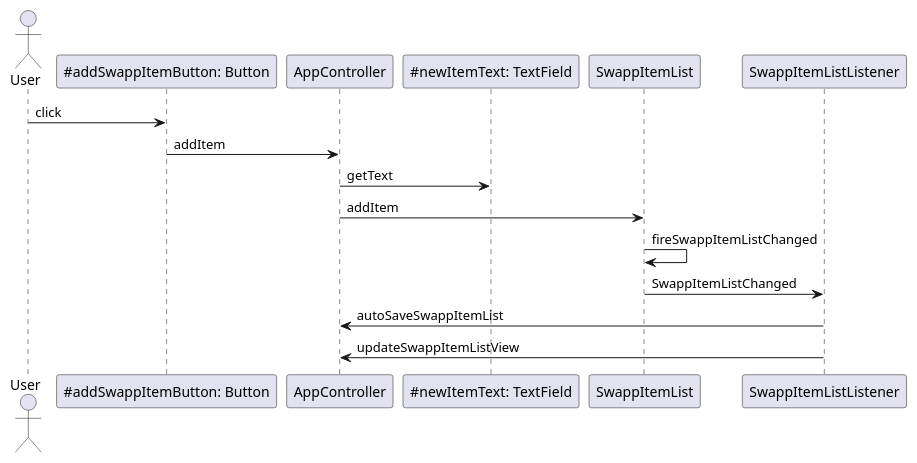
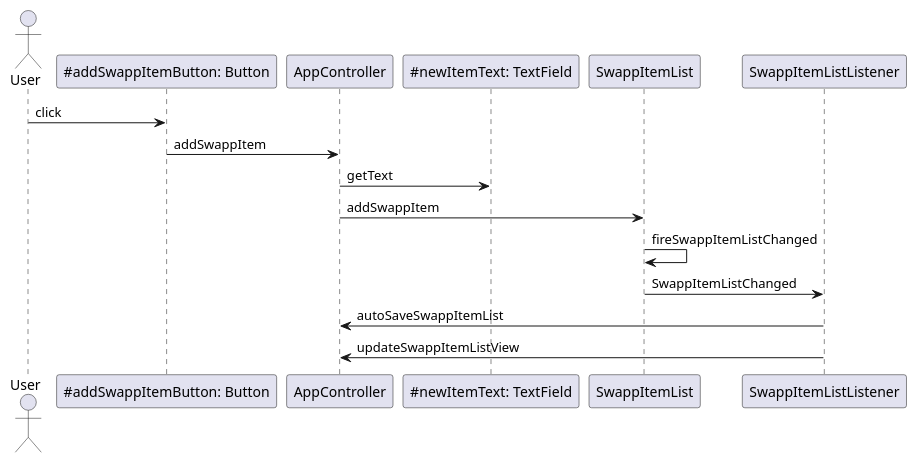
The diagram in swapp/fxui/src/main/java/swapp/ui/sequence.puml (StefanTomic-NTNU/swapp), drawn with PlantUML before and after one commit. The commit also changed 14 other files, not shown here.

```diff
--- a/swapp/fxui/src/main/java/swapp/ui/sequence.puml
+++ b/swapp/fxui/src/main/java/swapp/ui/sequence.puml
@@ -1,9 +1,9 @@
 actor User
 User -> "~#addSwappItemButton: Button" as addSwappItemButton: click
-addSwappItemButton -> AppController: addItem
+addSwappItemButton -> AppController: addSwappItem
 AppController -> "~#newItemText: TextField" as newItemText: getText
-AppController -> SwappItemList: addItem
+AppController -> SwappItemList: addSwappItem
 SwappItemList -> SwappItemList: fireSwappItemListChanged
 SwappItemList -> SwappItemListListener: SwappItemListChanged
 SwappItemListListener -> AppController: autoSaveSwappItemList
 SwappItemListListener -> AppController: updateSwappItemListView
```
